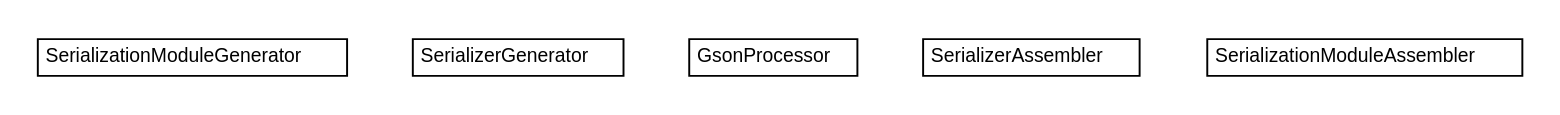
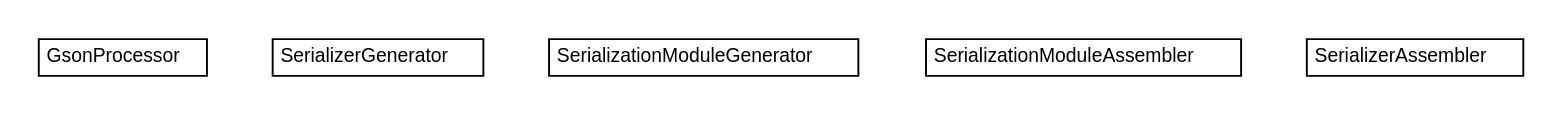
One commit to reinert/requestor changed the diagram in latest/javadoc/apidocs/io/reinert/requestor/gson/rebind/io.reinert.requestor.gson.rebind.dot. Above: the diagram before and after it, drawn with Graphviz. The commit also changed 1696 other files, not shown here.

```diff
--- a/latest/javadoc/apidocs/io/reinert/requestor/gson/rebind/io.reinert.requestor.gson.rebind.dot
+++ b/latest/javadoc/apidocs/io/reinert/requestor/gson/rebind/io.reinert.requestor.gson.rebind.dot
@@ -1,42 +1,42 @@
 #!/usr/local/bin/dot
 #
 # Class diagram 
 # Generated by UMLGraph version R5_6-24-gf6e263 (http://www.umlgraph.org/)
 #
 
 digraph G {
 	edge [fontname="Helvetica",fontsize=10,labelfontname="Helvetica",labelfontsize=10];
 	node [fontname="Helvetica",fontsize=10,shape=plaintext];
 	nodesep=0.25;
 	ranksep=0.5;
+	// io.reinert.requestor.gson.rebind.GsonProcessor
+	c10132 [label=<<table title="io.reinert.requestor.gson.rebind.GsonProcessor" border="0" cellborder="1" cellspacing="0" cellpadding="2" port="p" href="./GsonProcessor.html">
+		<tr><td><table border="0" cellspacing="0" cellpadding="1">
+<tr><td align="center" balign="center"> GsonProcessor </td></tr>
+		</table></td></tr>
+		</table>>, URL="./GsonProcessor.html", fontname="Helvetica", fontcolor="black", fontsize=10.0];
+	// io.reinert.requestor.gson.rebind.SerializerGenerator
+	c10133 [label=<<table title="io.reinert.requestor.gson.rebind.SerializerGenerator" border="0" cellborder="1" cellspacing="0" cellpadding="2" port="p" href="./SerializerGenerator.html">
+		<tr><td><table border="0" cellspacing="0" cellpadding="1">
+<tr><td align="center" balign="center"> SerializerGenerator </td></tr>
+		</table></td></tr>
+		</table>>, URL="./SerializerGenerator.html", fontname="Helvetica", fontcolor="black", fontsize=10.0];
 	// io.reinert.requestor.gson.rebind.SerializationModuleGenerator
-	c9704 [label=<<table title="io.reinert.requestor.gson.rebind.SerializationModuleGenerator" border="0" cellborder="1" cellspacing="0" cellpadding="2" port="p" href="./SerializationModuleGenerator.html">
+	c10134 [label=<<table title="io.reinert.requestor.gson.rebind.SerializationModuleGenerator" border="0" cellborder="1" cellspacing="0" cellpadding="2" port="p" href="./SerializationModuleGenerator.html">
 		<tr><td><table border="0" cellspacing="0" cellpadding="1">
 <tr><td align="center" balign="center"> SerializationModuleGenerator </td></tr>
 		</table></td></tr>
 		</table>>, URL="./SerializationModuleGenerator.html", fontname="Helvetica", fontcolor="black", fontsize=10.0];
-	// io.reinert.requestor.gson.rebind.SerializerGenerator
-	c9705 [label=<<table title="io.reinert.requestor.gson.rebind.SerializerGenerator" border="0" cellborder="1" cellspacing="0" cellpadding="2" port="p" href="./SerializerGenerator.html">
+	// io.reinert.requestor.gson.rebind.SerializationModuleAssembler
+	c10135 [label=<<table title="io.reinert.requestor.gson.rebind.SerializationModuleAssembler" border="0" cellborder="1" cellspacing="0" cellpadding="2" port="p" href="./SerializationModuleAssembler.html">
 		<tr><td><table border="0" cellspacing="0" cellpadding="1">
-<tr><td align="center" balign="center"> SerializerGenerator </td></tr>
+<tr><td align="center" balign="center"> SerializationModuleAssembler </td></tr>
 		</table></td></tr>
-		</table>>, URL="./SerializerGenerator.html", fontname="Helvetica", fontcolor="black", fontsize=10.0];
-	// io.reinert.requestor.gson.rebind.GsonProcessor
-	c9706 [label=<<table title="io.reinert.requestor.gson.rebind.GsonProcessor" border="0" cellborder="1" cellspacing="0" cellpadding="2" port="p" href="./GsonProcessor.html">
-		<tr><td><table border="0" cellspacing="0" cellpadding="1">
-<tr><td align="center" balign="center"> GsonProcessor </td></tr>
-		</table></td></tr>
-		</table>>, URL="./GsonProcessor.html", fontname="Helvetica", fontcolor="black", fontsize=10.0];
+		</table>>, URL="./SerializationModuleAssembler.html", fontname="Helvetica", fontcolor="black", fontsize=10.0];
 	// io.reinert.requestor.gson.rebind.SerializerAssembler
-	c9707 [label=<<table title="io.reinert.requestor.gson.rebind.SerializerAssembler" border="0" cellborder="1" cellspacing="0" cellpadding="2" port="p" href="./SerializerAssembler.html">
+	c10136 [label=<<table title="io.reinert.requestor.gson.rebind.SerializerAssembler" border="0" cellborder="1" cellspacing="0" cellpadding="2" port="p" href="./SerializerAssembler.html">
 		<tr><td><table border="0" cellspacing="0" cellpadding="1">
 <tr><td align="center" balign="center"> SerializerAssembler </td></tr>
 		</table></td></tr>
 		</table>>, URL="./SerializerAssembler.html", fontname="Helvetica", fontcolor="black", fontsize=10.0];
-	// io.reinert.requestor.gson.rebind.SerializationModuleAssembler
-	c9708 [label=<<table title="io.reinert.requestor.gson.rebind.SerializationModuleAssembler" border="0" cellborder="1" cellspacing="0" cellpadding="2" port="p" href="./SerializationModuleAssembler.html">
-		<tr><td><table border="0" cellspacing="0" cellpadding="1">
-<tr><td align="center" balign="center"> SerializationModuleAssembler </td></tr>
-		</table></td></tr>
-		</table>>, URL="./SerializationModuleAssembler.html", fontname="Helvetica", fontcolor="black", fontsize=10.0];
 }
```
